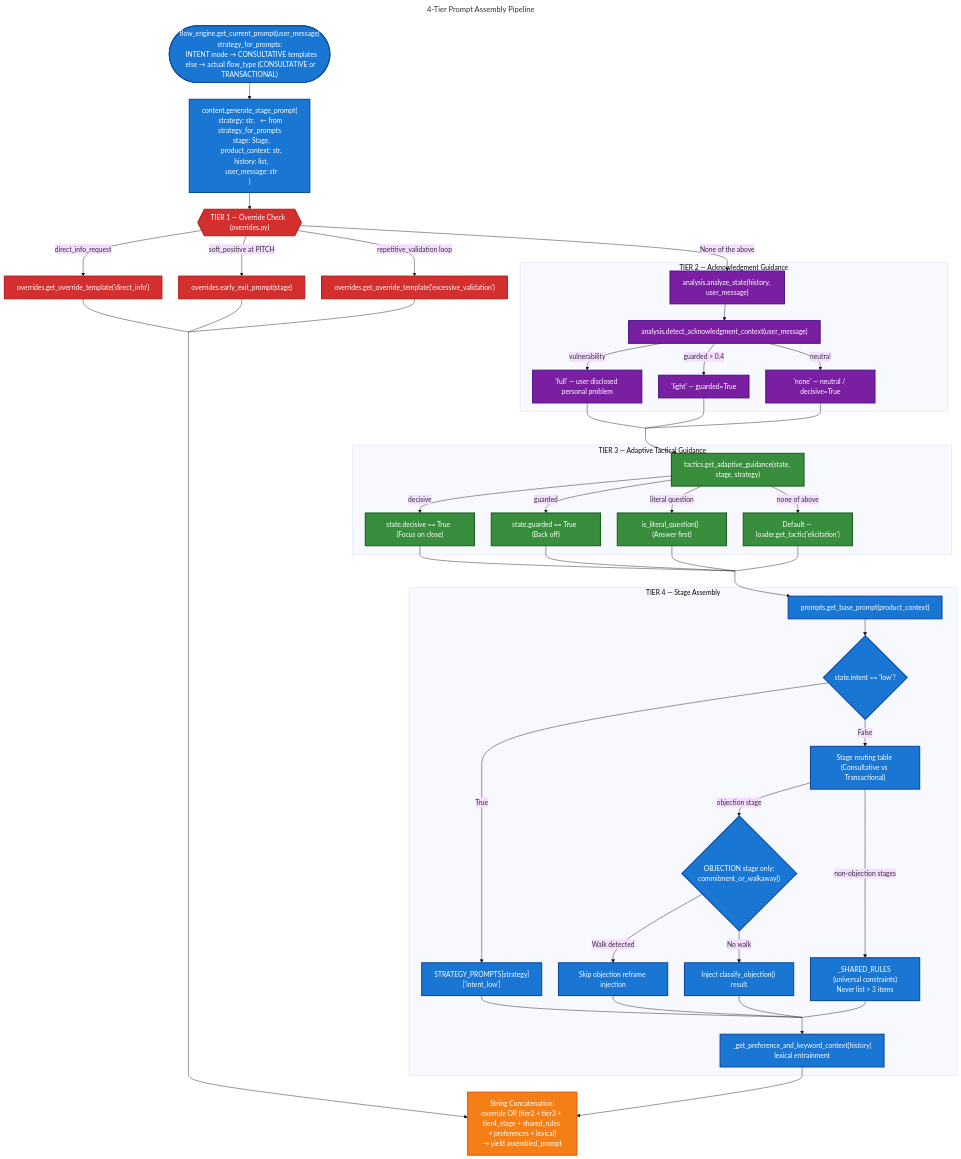
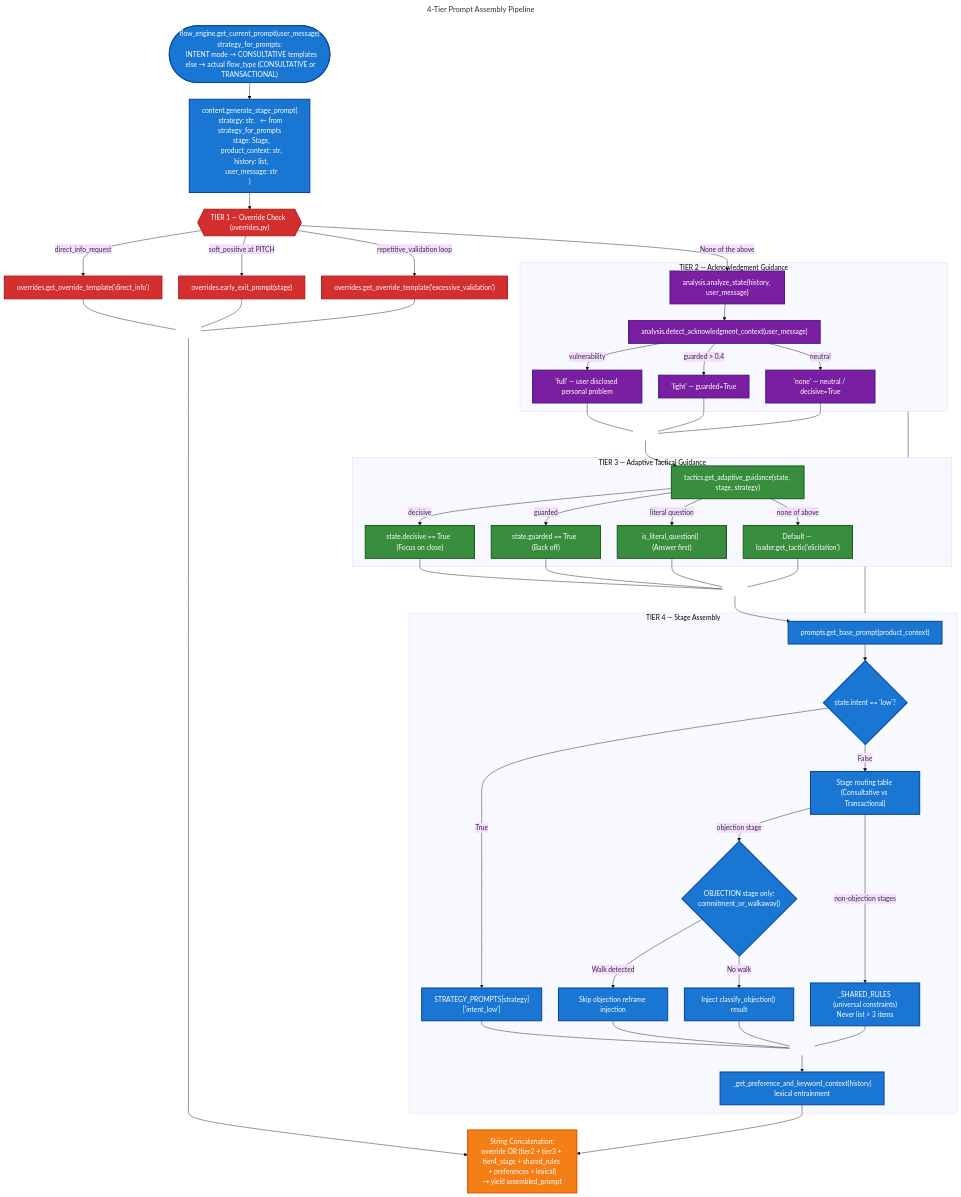
Before and after one commit to shaf-aston/FYP-sales-training-tool: the diagram in Documentation/diagrams/04_prompt_assembly.mmd, drawn with Mermaid. The commit also changed 3 other files, not shown here.

Commit message:
docs(diagrams): fix mermaid syntax and tidy layout (sequence, architecture, prompt assembly, browser note)

```diff
--- a/Documentation/diagrams/04_prompt_assembly.mmd
+++ b/Documentation/diagrams/04_prompt_assembly.mmd
@@ -1,115 +1,115 @@
 ---
 title: 4-Tier Prompt Assembly Pipeline
 ---
 %% ==========================================
 %% PURPOSE: Visualizes how prompts are programmatically constructed by combining exact overrides, tactical acknowledgements, adaptive advice, and core NEPQ templates.
 %% ==========================================
 %%{init: {"theme": "base", "flowchart": {"nodeSpacing": 40, "rankSpacing": 40}}}%%
 
 flowchart TD
-    classDef junctionStyle width:0px,height:0px,stroke-width:0px,font-size:0px;
+    classDef junctionStyle stroke-width:0px,fill:transparent,font-size:1px;
     classDef override fill:#D32F2F,stroke:#B71C1C,stroke-width:2.5px,color:#fff
     classDef ack fill:#7B1FA2,stroke:#4A148C,stroke-width:2.5px,color:#fff
     classDef tactics fill:#388E3C,stroke:#1B5E20,stroke-width:2.5px,color:#fff
     classDef stage fill:#1976D2,stroke:#0D47A1,stroke-width:2.5px,color:#fff
     classDef final fill:#F57F17,stroke:#E65100,stroke-width:2.5px,color:#fff
 
     START(["flow_engine.get_current_prompt(user_message)<br/>strategy_for_prompts:<br/>  INTENT mode → CONSULTATIVE templates<br/>  else → actual flow_type (CONSULTATIVE or TRANSACTIONAL)"]):::stage
 
     ENTRY["content.generate_stage_prompt(<br/>  strategy: str,   ← from strategy_for_prompts<br/>  stage: Stage,<br/>  product_context: str,<br/>  history: list,<br/>  user_message: str<br/>)"]:::stage
 
     START --> ENTRY
 
     %% ── TIER 1: Override Check ───────────────────────────────────────────────
     ENTRY --> T1{{"TIER 1 — Override Check  (overrides.py)"}}:::override
 
     T1 -->|"direct_info_request"| OV1["overrides.get_override_template('direct_info')"]:::override
     T1 -->|"soft_positive at PITCH"| OV2["overrides.early_exit_prompt(stage)"]:::override
     T1 -->|"repetitive_validation loop"| OV3["overrides.get_override_template('excessive_validation')"]:::override
 
     T1 -->|"None of the above"| T2_ENTRY
 
     OVJ1[ ]:::junctionStyle
     OV1 --- OVJ1
     OV2 --- OVJ1
     OV3 --- OVJ1
     OVJ1 --> FINAL_PROMPT
 
     %% ── TIER 2: Acknowledgment ───────────────────────────────────────────────
     subgraph Tier2["TIER 2 — Acknowledgment Guidance"]
         T2_ENTRY["analysis.analyze_state(history, user_message)"]:::ack
         T2_ACK["analysis.detect_acknowledgment_context(user_message)"]:::ack
         T2_FULL["'full' — user disclosed personal problem"]:::ack
         T2_LIGHT["'light' — guarded=True"]:::ack
         T2_NONE["'none' — neutral / decisive=True"]:::ack
 
         T2_ENTRY --> T2_ACK
         T2_ACK -->|"vulnerability"| T2_FULL
         T2_ACK -->|"guarded > 0.4"| T2_LIGHT
         T2_ACK -->|"neutral"| T2_NONE
     end
 
     T2J[ ]:::junctionStyle
     T2_FULL --- T2J
     T2_LIGHT --- T2J
     T2_NONE --- T2J
     T2J --> T3_ENTRY
 
     %% ── TIER 3: Adaptive Tactics ─────────────────────────────────────────────
     subgraph Tier3["TIER 3 — Adaptive Tactical Guidance"]
         T3_ENTRY["tactics.get_adaptive_guidance(state, stage, strategy)"]:::tactics
         T3_DEC["state.decisive == True  (Focus on close)"]:::tactics
         T3_GUARD["state.guarded == True  (Back off)"]:::tactics
         T3_QUES["is_literal_question()  (Answer first)"]:::tactics
         T3_ELICIT["Default — loader.get_tactic('elicitation')"]:::tactics
 
         T3_ENTRY -->|"decisive"| T3_DEC
         T3_ENTRY -->|"guarded"| T3_GUARD
         T3_ENTRY -->|"literal question"| T3_QUES
         T3_ENTRY -->|"none of above"| T3_ELICIT
     end
 
-    Tier2 ~~~ Tier3
+    Tier2 --- Tier3
 
     T3J[ ]:::junctionStyle
     T3_DEC --- T3J
     T3_GUARD --- T3J
     T3_QUES --- T3J
     T3_ELICIT --- T3J
     T3J --> T4_ENTRY
 
     %% ── TIER 4: Stage Assembly ───────────────────────────────────────────────
     subgraph Tier4["TIER 4 — Stage Assembly"]
         T4_ENTRY["prompts.get_base_prompt(product_context)"]:::stage
         T4_LOW_CHECK{"state.intent == 'low'?"}:::stage
         T4_ENTRY --> T4_LOW_CHECK
 
         T4_INTENT_LOW["STRATEGY_PROMPTS[strategy]['intent_low']"]:::stage
         T4_ROUTE["Stage routing table (Consultative vs Transactional)"]:::stage
 
         T4_LOW_CHECK -->|"True"| T4_INTENT_LOW
         T4_LOW_CHECK -->|"False"| T4_ROUTE
 
         T4_OBJ_CHECK{"OBJECTION stage only:<br/>commitment_or_walkaway()"}:::stage
         T4_WALK["Skip objection reframe injection"]:::stage
         T4_OBJ_INJECT["Inject classify_objection() result"]:::stage
 
         T4_ROUTE -->|"objection stage"| T4_OBJ_CHECK
         T4_ROUTE -->|"non-objection stages"| T4_SHARED
 
         T4_OBJ_CHECK -->|"Walk detected"| T4_WALK
         T4_OBJ_CHECK -->|"No walk"| T4_OBJ_INJECT
 
         T4_SHARED["_SHARED_RULES (universal constraints)<br/>Never list > 3 items"]:::stage
         T4_PREFS["_get_preference_and_keyword_context(history)<br/>lexical entrainment"]:::stage
 
         T4_INTENT_LOW --- T4J1[ ]:::junctionStyle
         T4_WALK --- T4J1
         T4_OBJ_INJECT --- T4J1
         T4_SHARED --- T4J1
         T4J1 --> T4_PREFS
     end
 
-    Tier3 ~~~ Tier4
+    Tier3 --- Tier4
 
     T4_PREFS --> FINAL_PROMPT["String Concatenation:<br/>override OR (tier2 + tier3 + tier4_stage + shared_rules + preferences + lexical)<br/>→ yield assembled_prompt"]:::final
```
